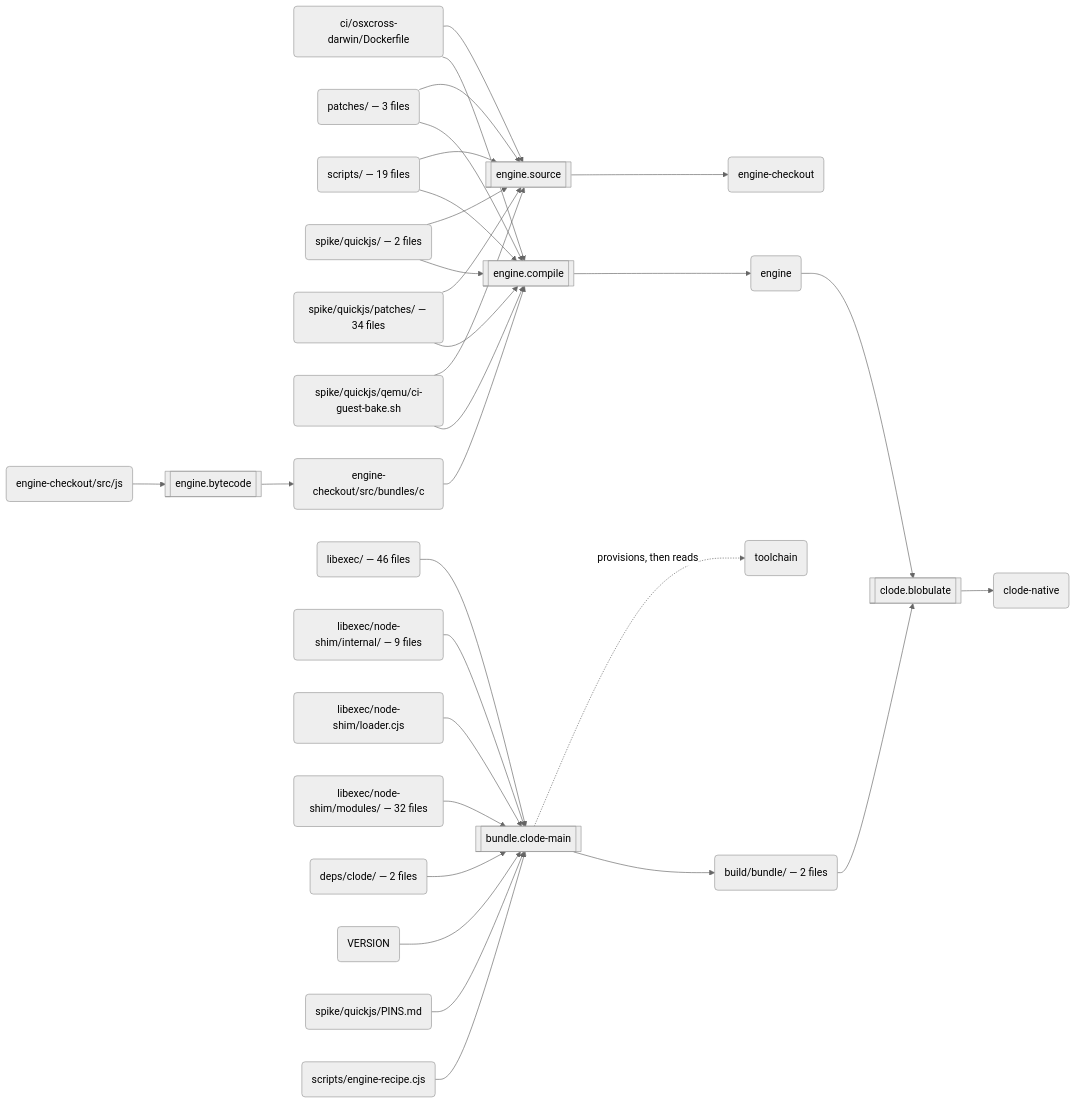
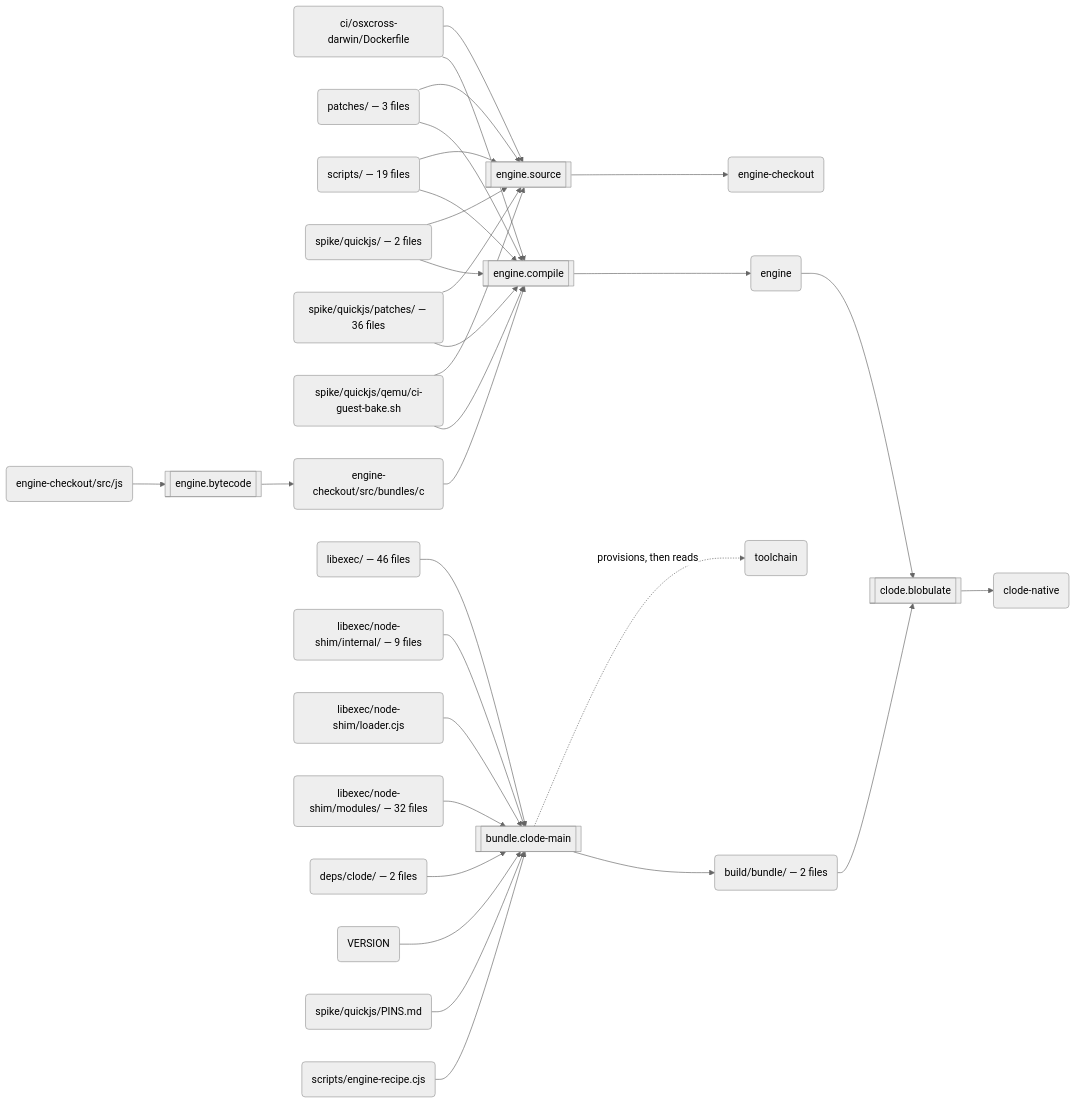
One commit to schmonz/clode changed the second of 3 diagrams in docs/build.md. Above: the diagram before and after it, drawn with Mermaid (neutral theme). The commit also changed other lines of this file and 11 other files, not shown here.

````diff
--- a/docs/build.md
+++ b/docs/build.md
@@ -123,59 +123,59 @@
 ```mermaid
 flowchart LR
   s0[["engine.source"]]
   a0("ci/osxcross-darwin/Dockerfile")
   a1("patches/ — 3 files")
   a2("scripts/ — 19 files")
   a3("spike/quickjs/ — 2 files")
-  a4("spike/quickjs/patches/ — 34 files")
+  a4("spike/quickjs/patches/ — 36 files")
   a5("spike/quickjs/qemu/ci-guest-bake.sh")
   a6("engine-checkout")
   s1[["engine.bytecode"]]
   a7("engine-checkout/src/js")
   a8("engine-checkout/src/bundles/c")
   s2[["engine.compile"]]
   a9("engine")
   s3[["bundle.clode-main"]]
   a10("libexec/ — 46 files")
   a11("libexec/node-shim/internal/ — 9 files")
   a12("libexec/node-shim/loader.cjs")
   a13("libexec/node-shim/modules/ — 32 files")
   a14("deps/clode/ — 2 files")
   a15("VERSION")
   a16("spike/quickjs/PINS.md")
   a17("scripts/engine-recipe.cjs")
   a18("toolchain")
   a19("build/bundle/ — 2 files")
   s4[["clode.blobulate"]]
   a20("clode-native")
   a0 --> s0
   a1 --> s0
   a2 --> s0
   a3 --> s0
   a4 --> s0
   a5 --> s0
   s0 --> a6
   a7 --> s1
   s1 --> a8
   a8 --> s2
   a0 --> s2
   a1 --> s2
   a2 --> s2
   a3 --> s2
   a4 --> s2
   a5 --> s2
   s2 --> a9
   a10 --> s3
   a11 --> s3
   a12 --> s3
   a13 --> s3
   a14 --> s3
   a15 --> s3
   a16 --> s3
   a17 --> s3
   s3 -.->|"provisions, then reads"| a18
   s3 --> a19
   a9 --> s4
   a19 --> s4
   s4 --> a20
 ```
````
